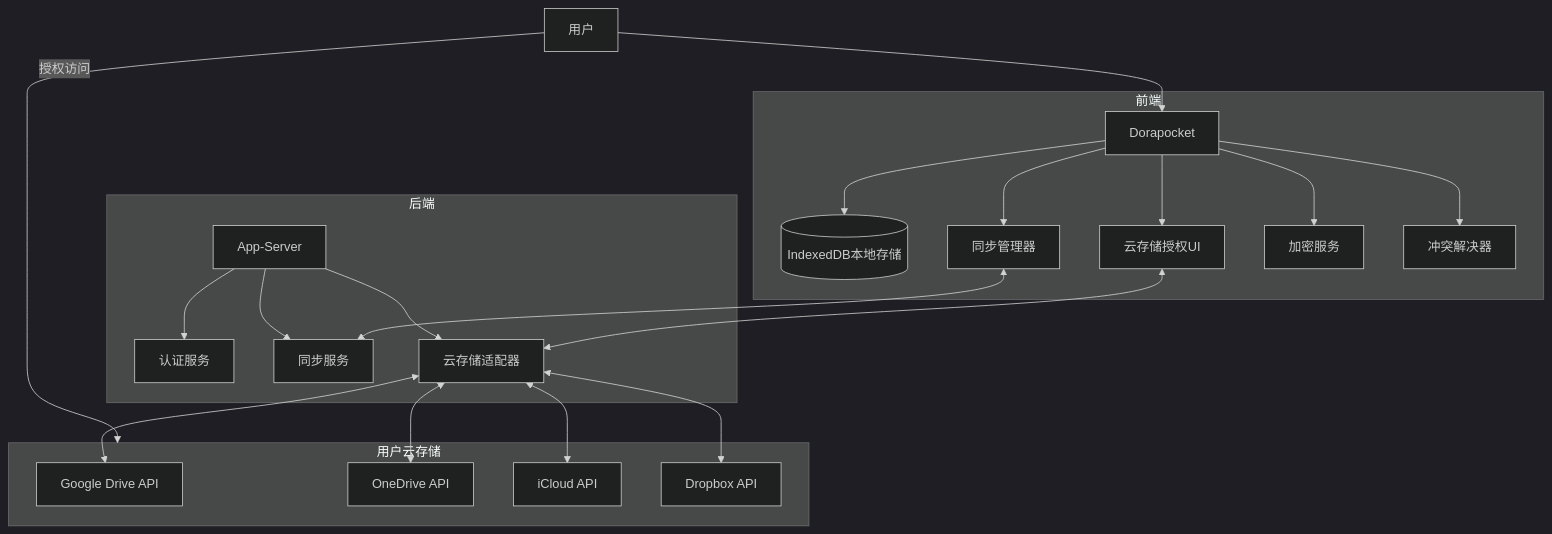
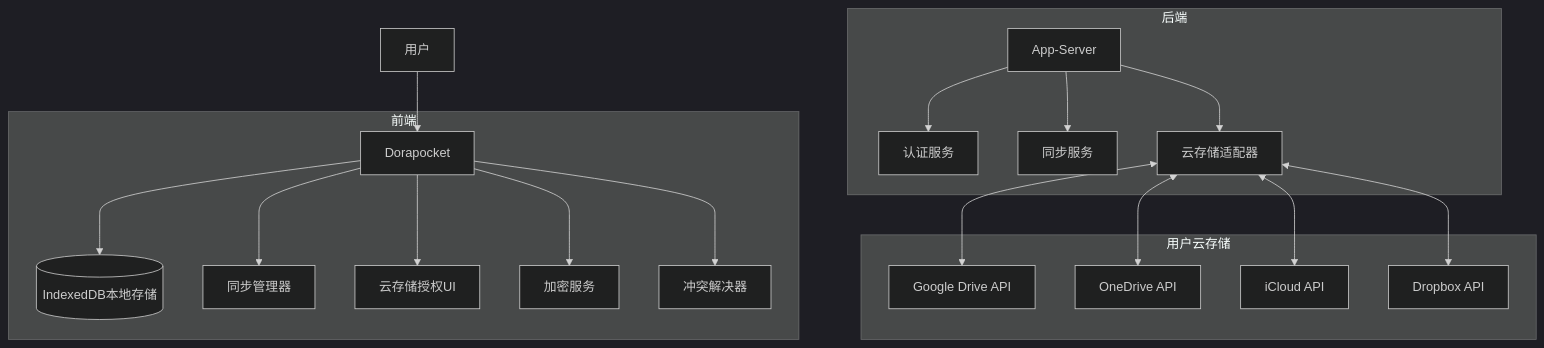
One commit to yingjianzh/iodraw-files changed the diagram in all/未命名-34.md. Above: the diagram before and after it, drawn with Mermaid (dark theme).

Commit message:
2025-04-17 10:33:17 update

````diff
--- a/all/未命名-34.md
+++ b/all/未命名-34.md
@@ -1,29 +1,27 @@
 ```mermaid
 flowchart TD
     User[用户] --> FrontEnd[Dorapocket]
     
     subgraph 前端
         FrontEnd --> LocalDB[(IndexedDB本地存储)]
         FrontEnd --> SyncManager[同步管理器]
         FrontEnd --> CloudAuthUI[云存储授权UI]
         FrontEnd --> CryptoService[加密服务]
         FrontEnd --> ConflictResolver[冲突解决器]
     end
     
     subgraph 后端
         AppServer[App-Server] --> AuthService[认证服务]
         AppServer --> SyncService[同步服务]
         AppServer --> CloudAdapter[云存储适配器]
     end
     
     subgraph 用户云存储
         CloudAdapter <--> GoogleDrive[Google Drive API]
         CloudAdapter <--> OneDrive[OneDrive API]
         CloudAdapter <--> iCloud[iCloud API]
         CloudAdapter <--> Dropbox[Dropbox API]
     end
     
-    User -- "授权访问" --> 用户云存储
-    SyncManager <--> SyncService
-    CloudAuthUI <--> CloudAdapter
+    
 ```
````
